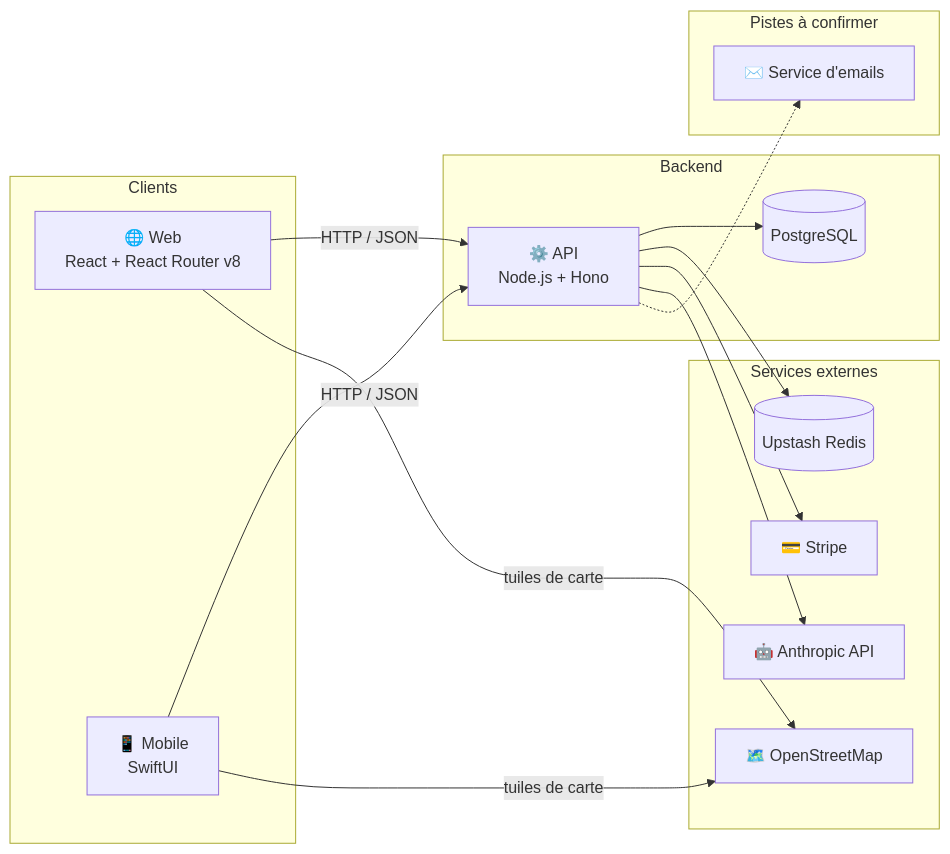
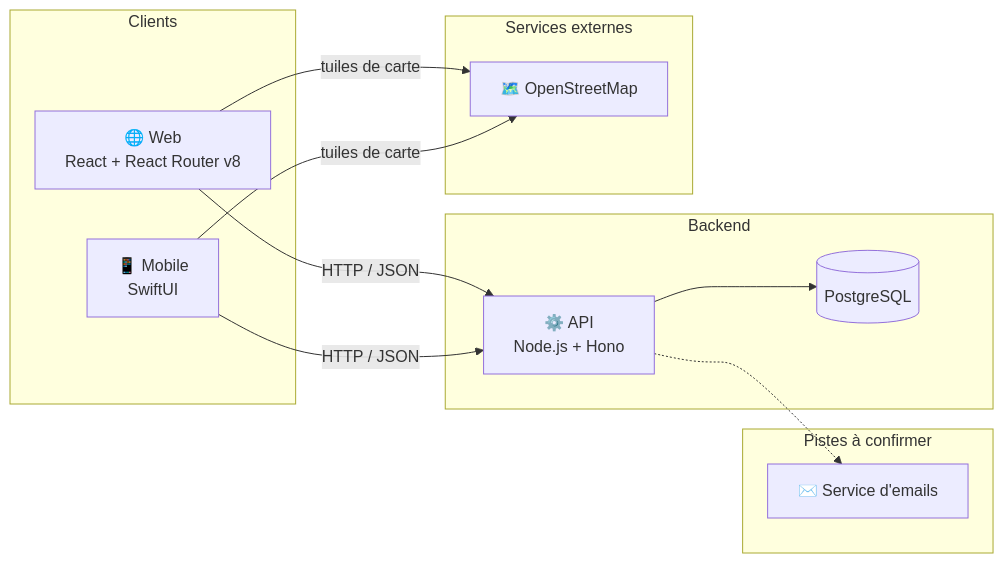
The first of 5 diagrams in README.md (RobinSartini/EventsHub), drawn with Mermaid before and after one commit. The commit also changed other lines of this file and 4 other files, not shown here.

````diff
--- a/README.md
+++ b/README.md
@@ -62,33 +59,27 @@
 ```mermaid
 flowchart LR
     subgraph Clients
         WEB["🌐 Web<br/>React + React Router v8"]
         MOB["📱 Mobile<br/>SwiftUI"]
     end
 
     subgraph Backend
         API["⚙️ API<br/>Node.js + Hono"]
         DB[("PostgreSQL")]
     end
 
     subgraph Externe["Services externes"]
         OSM["🗺️ OpenStreetMap"]
-        REDIS[("Upstash Redis")]
-        STRIPE["💳 Stripe"]
-        AI["🤖 Anthropic API"]
     end
 
     subgraph Prevu["Pistes à confirmer"]
         MAIL["✉️ Service d'emails"]
     end
 
     WEB -- "HTTP / JSON" --> API
     MOB -- "HTTP / JSON" --> API
     WEB -- "tuiles de carte" --> OSM
     MOB -- "tuiles de carte" --> OSM
     API --> DB
-    API --> REDIS
-    API --> STRIPE
-    API --> AI
     API -.-> MAIL
 ```
````
